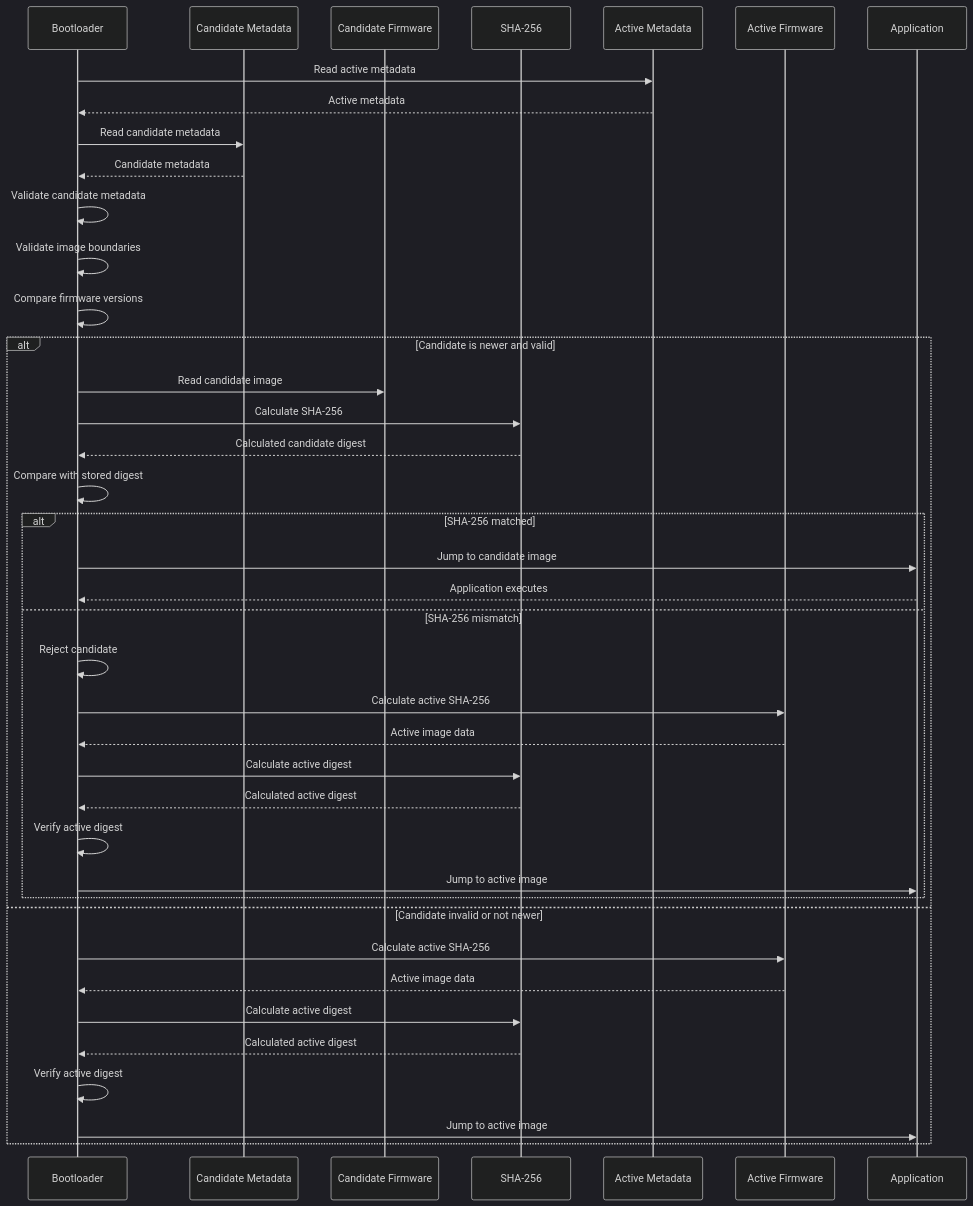
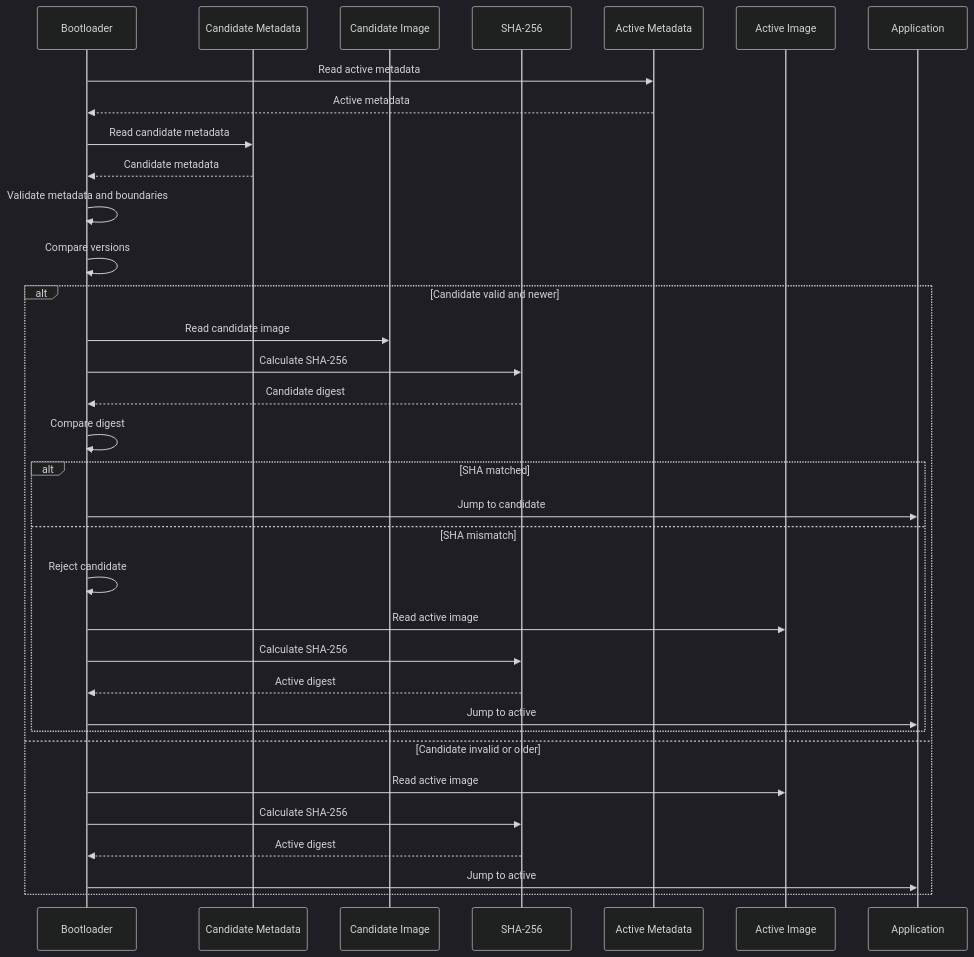
One commit to Mani9766/STM32-Project-05-Secure-Boot changed the second of 2 diagrams in README.md. Above: the diagram before and after it, drawn with Mermaid (dark theme). The commit also changed other lines of this file, not shown here.

Commit message:
Revise candidate image validation diagrams
Updated state and sequence diagrams for candidate image validation flow, improving clarity and accuracy of the process.

````diff
--- a/README.md
+++ b/README.md
@@ -84,47 +82,42 @@
 ```mermaid
 sequenceDiagram
     participant BL as Bootloader
     participant CM as Candidate Metadata
-    participant CS as Candidate Firmware
+    participant CS as Candidate Image
     participant SHA as SHA-256
     participant AM as Active Metadata
-    participant AS as Active Firmware
+    participant AS as Active Image
     participant APP as Application
 
     BL->>AM: Read active metadata
     AM-->>BL: Active metadata
 
     BL->>CM: Read candidate metadata
     CM-->>BL: Candidate metadata
 
-    BL->>BL: Validate candidate metadata
-    BL->>BL: Validate image boundaries
-    BL->>BL: Compare firmware versions
+    BL->>BL: Validate metadata and boundaries
+    BL->>BL: Compare versions
 
-    alt Candidate is newer and valid
+    alt Candidate valid and newer
         BL->>CS: Read candidate image
         BL->>SHA: Calculate SHA-256
-        SHA-->>BL: Calculated candidate digest
-        BL->>BL: Compare with stored digest
+        SHA-->>BL: Candidate digest
+        BL->>BL: Compare digest
 
-        alt SHA-256 matched
-            BL->>APP: Jump to candidate image
-            APP-->>BL: Application executes
-        else SHA-256 mismatch
+        alt SHA matched
+            BL->>APP: Jump to candidate
+        else SHA mismatch
             BL->>BL: Reject candidate
-            BL->>AS: Calculate active SHA-256
-            AS-->>BL: Active image data
-            BL->>SHA: Calculate active digest
-            SHA-->>BL: Calculated active digest
-            BL->>BL: Verify active digest
-            BL->>APP: Jump to active image
+            BL->>AS: Read active image
+            BL->>SHA: Calculate SHA-256
+            SHA-->>BL: Active digest
+            BL->>APP: Jump to active
         end
-    else Candidate invalid or not newer
-        BL->>AS: Calculate active SHA-256
-        AS-->>BL: Active image data
-        BL->>SHA: Calculate active digest
-        SHA-->>BL: Calculated active digest
-        BL->>BL: Verify active digest
-        BL->>APP: Jump to active image
+
+    else Candidate invalid or older
+        BL->>AS: Read active image
+        BL->>SHA: Calculate SHA-256
+        SHA-->>BL: Active digest
+        BL->>APP: Jump to active
     end
 ```
````
